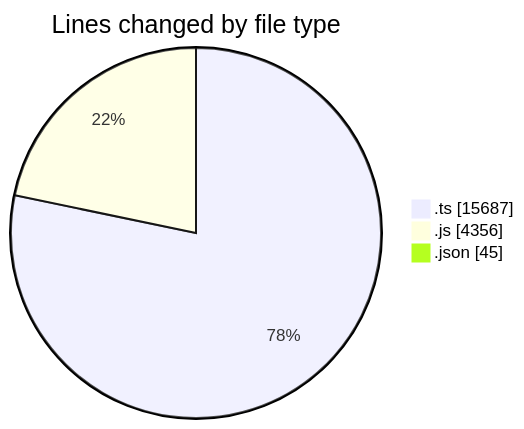
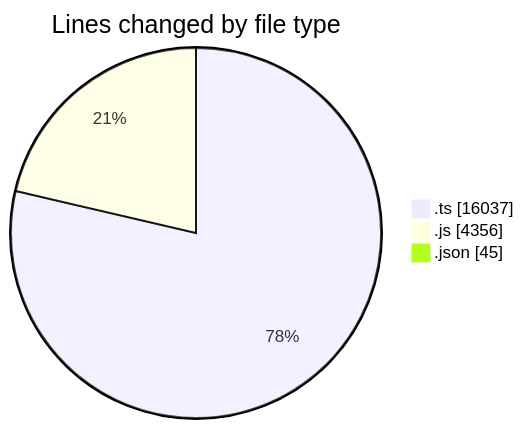
Before and after one commit to momahboobian/code-tracking: the first of 2 diagrams in 2025-07-29/cda/README.md, drawn with Mermaid. The commit also changed other lines of this file and 1 other file, not shown here.

````diff
--- a/2025-07-29/cda/README.md
+++ b/2025-07-29/cda/README.md
@@ -30,7 +30,7 @@
 ```mermaid
 pie showData
 title Lines changed by file type
-".ts" : 15687
+".ts" : 16037
 ".js" : 4356
 ".json" : 45
 ```
````
